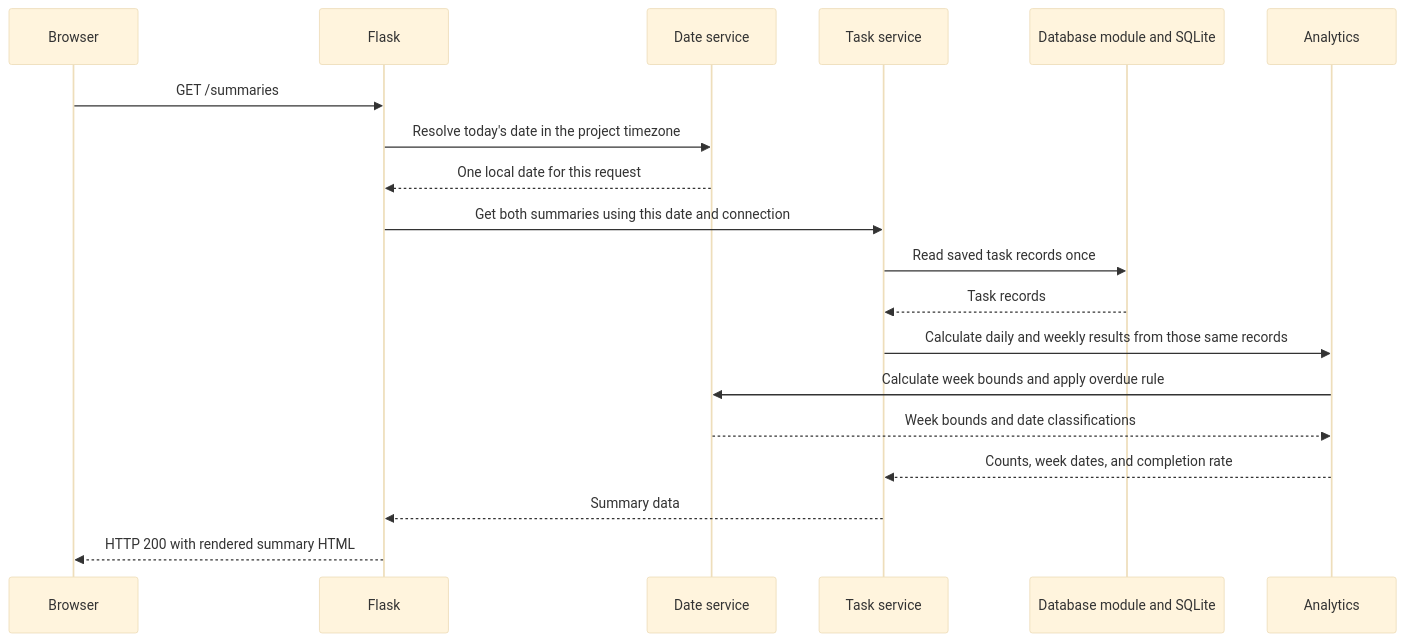
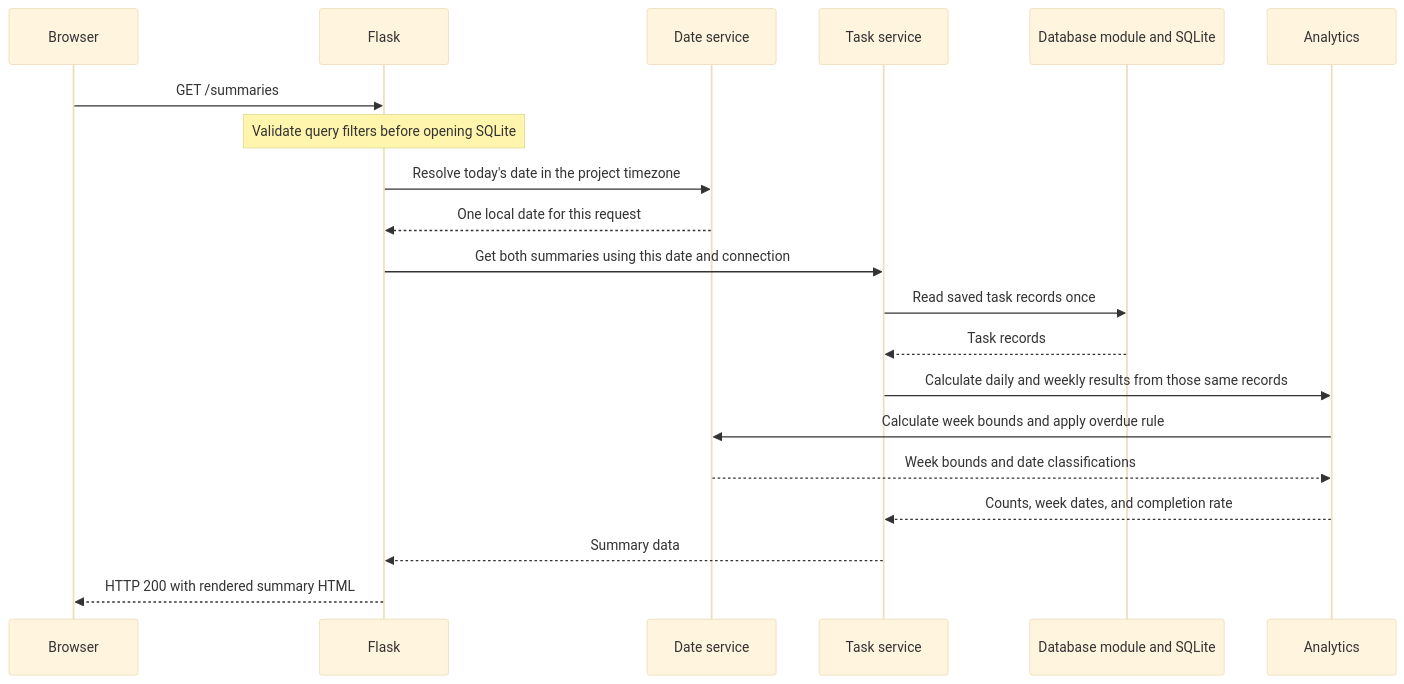
The third of 3 diagrams in docs/ARCHITECTURE.md (dayplan-development/dayplan), drawn with Mermaid (base theme) before and after one commit. The commit also changed other lines of this file and 12 other files, not shown here.

````diff
--- a/docs/ARCHITECTURE.md
+++ b/docs/ARCHITECTURE.md
@@ -122,21 +121,22 @@
 ```mermaid
 sequenceDiagram
     participant B as Browser
     participant F as Flask
     participant T as Date service
     participant S as Task service
     participant D as Database module and SQLite
     participant A as Analytics
     B->>F: GET /summaries
+    Note over F: Validate query filters before opening SQLite
     F->>T: Resolve today's date in the project timezone
     T-->>F: One local date for this request
     F->>S: Get both summaries using this date and connection
     S->>D: Read saved task records once
     D-->>S: Task records
     S->>A: Calculate daily and weekly results from those same records
     A->>T: Calculate week bounds and apply overdue rule
     T-->>A: Week bounds and date classifications
     A-->>S: Counts, week dates, and completion rate
     S-->>F: Summary data
     F-->>B: HTTP 200 with rendered summary HTML
 ```
````
